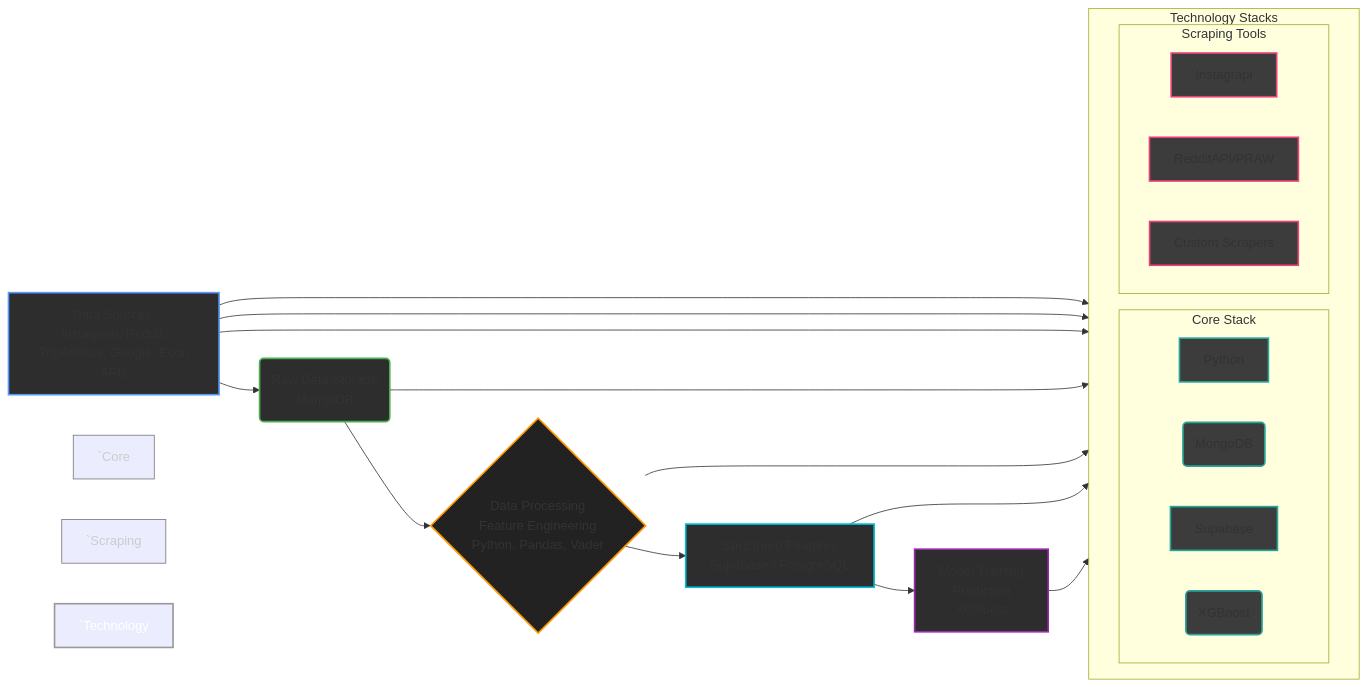
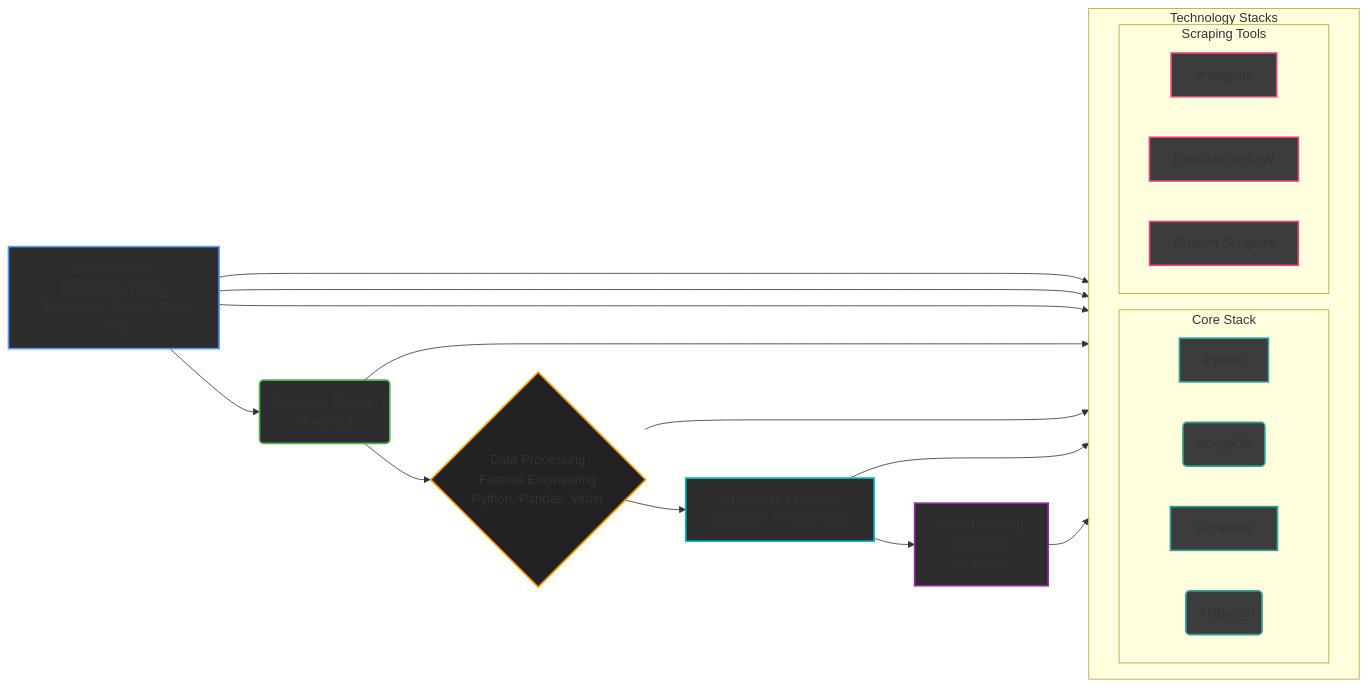
One commit to bt4301-group-8/tourism-consultancy changed the diagram in README.md. Above: the diagram before and after it, drawn with Mermaid.

````diff
--- a/README.md
+++ b/README.md
@@ -32,71 +32,66 @@
 ```mermaid
 graph LR
 
     %% Define Parent Subgraph for Stacks
     subgraph Technology Stacks
         direction LR %% Optional: suggest layout direction within this group
 
         subgraph Core Stack
             P[Python]
             MDB(MongoDB)
             SB[Supabase]
             XG(XGBoost)
         end
 
         subgraph Scraping Tools
             S1[Instagrapi]
             S2[RedditAPI/PRAW]
             S3[Custom Scrapers]
         end
     end
 
     %% Define Main Pipeline Nodes (Can be defined before or after subgraphs)
     A[Data Sources <br/> Instagram, Reddit, <br/> TripAdvisor, Google, Econ APIs]
     B(Raw Data Storage <br/> MongoDB)
     C{Data Processing <br/> Feature Engineering <br/> Python, Pandas, Vader}
     D[Structured Features <br/> Supabase / PostgreSQL]
     E[Model Training <br/> Prediction <br/> XGBoost]
 
     %% --- CONNECTIONS ---
 
     %% Main Pipeline Flow
     A --> B --> C --> D --> E;
 
     %% Connect Main Pipeline stages to the specific tools/tech used
     %% Scraping Tools Connections (Related to Data Sources/Ingestion)
     A --> S1
     A --> S2
     A --> S3
 
     %% Core Stack Connections (Related to specific stages)
     B --> MDB
     C --> P 
     D --> SB   
     E --> XG 
 
 
     %% --- STYLING ---
 
     %% Main pipeline nodes: Dark fill, white text, distinct colored borders
     style A fill:#2D2D2D,stroke:#5599FF,stroke-width:2px,color:#FFF %% Blue border
     style B fill:#2D2D2D,stroke:#4CAF50,stroke-width:2px,color:#FFF %% Green border
     style C fill:#222,stroke:#FF9800,stroke-width:2px,color:#FFF %% Orange border
     style D fill:#2D2D2D,stroke:#00BCD4,stroke-width:2px,color:#FFF %% Cyan border
     style E fill:#2D2D2D,stroke:#9C27B0,stroke-width:2px,color:#FFF %% Purple border
 
     %% Core Stack Nodes: Dark fill, white text, consistent colored border (e.g., Teal)
     style P fill:#3C3C3C,stroke:#26A69A,stroke-width:2px,color:#FFF %% Teal border
     style MDB fill:#3C3C3C,stroke:#26A69A,stroke-width:2px,color:#FFF %% Teal border
     style SB fill:#3C3C3C,stroke:#26A69A,stroke-width:2px,color:#FFF %% Teal border
     style XG fill:#3C3C3C,stroke:#26A69A,stroke-width:2px,color:#FFF %% Teal border
 
     %% Scraping Tools Nodes: Dark fill, white text, consistent colored border (e.g., Pink)
     style S1 fill:#3C3C3C,stroke:#EC407A,stroke-width:2px,color:#FFF %% Pink border
     style S2 fill:#3C3C3C,stroke:#EC407A,stroke-width:2px,color:#FFF %% Pink border
     style S3 fill:#3C3C3C,stroke:#EC407A,stroke-width:2px,color:#FFF %% Pink border
-
-    %% Optional: Style the subgraphs themselves (adjust colors as needed)
-    style `Core Stack` fill:#1f1f1f,stroke:#777,stroke-width:1px,color:#CCC
-    style `Scraping Tools` fill:#1f1f1f,stroke:#777,stroke-width:1px,color:#CCC
-    style `Technology Stacks` fill:#111,stroke:#999,stroke-width:2px,color:#FFF,stroke-dasharray: 5 5 %% Dashed border for parent
 ```
````
